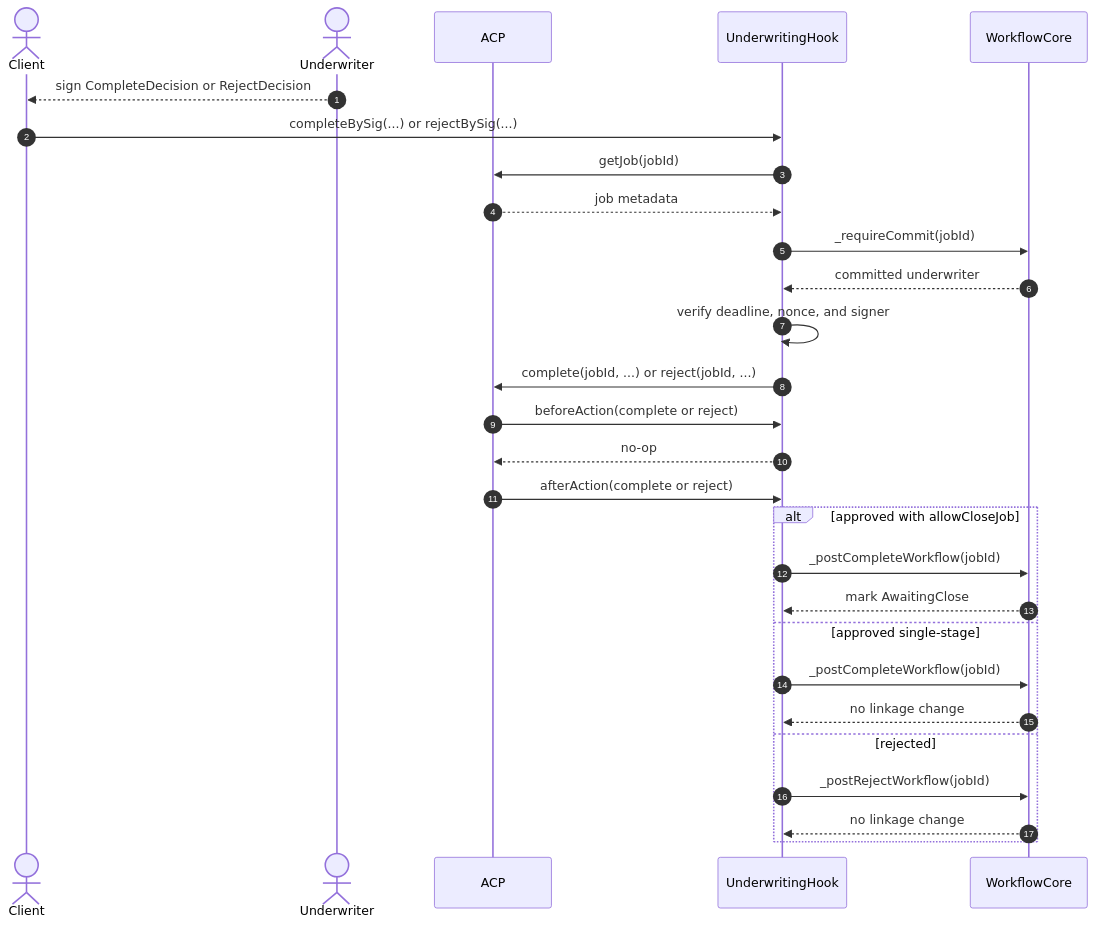
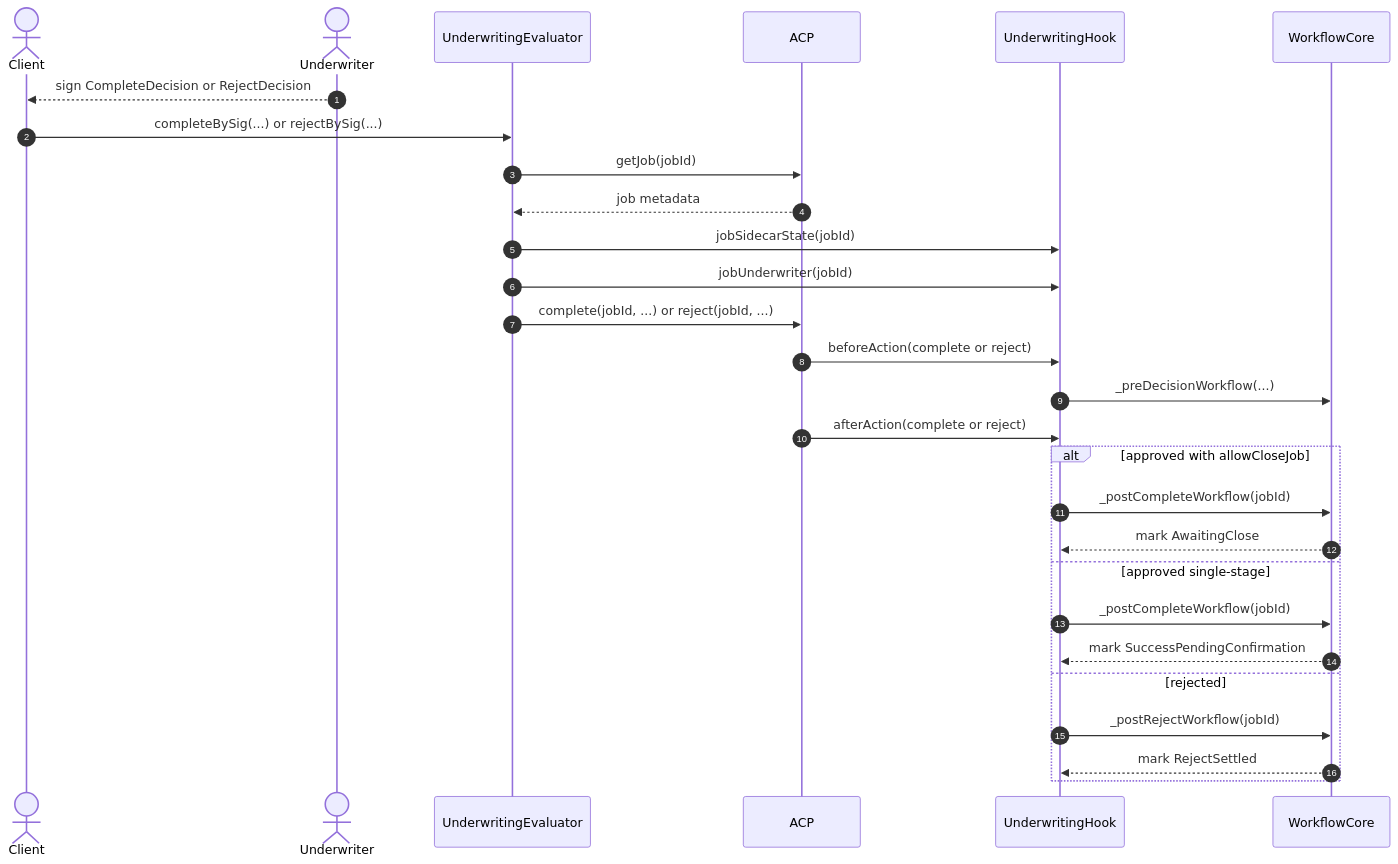
One commit to tsubasakong/hook-contracts changed the fifth of 8 diagrams in docs/underwriting-hook-acp-core-sequence.md. Above: the diagram before and after it, drawn with Mermaid. The commit also changed other lines of this file and 13 other files, not shown here.

````diff
--- a/docs/underwriting-hook-acp-core-sequence.md
+++ b/docs/underwriting-hook-acp-core-sequence.md
@@ -82,31 +111,31 @@
 ```mermaid
 sequenceDiagram
     autonumber
     actor Client
     actor Underwriter
+    participant Eval as UnderwritingEvaluator
     participant ACP as ACP
     participant Hook as UnderwritingHook
     participant Flow as WorkflowCore
 
     Underwriter-->>Client: sign CompleteDecision or RejectDecision
-    Client->>Hook: completeBySig(...) or rejectBySig(...)
-    Hook->>ACP: getJob(jobId)
-    ACP-->>Hook: job metadata
-    Hook->>Flow: _requireCommit(jobId)
-    Flow-->>Hook: committed underwriter
-    Hook->>Hook: verify deadline, nonce, and signer
-    Hook->>ACP: complete(jobId, ...) or reject(jobId, ...)
+    Client->>Eval: completeBySig(...) or rejectBySig(...)
+    Eval->>ACP: getJob(jobId)
+    ACP-->>Eval: job metadata
+    Eval->>Hook: jobSidecarState(jobId)
+    Eval->>Hook: jobUnderwriter(jobId)
+    Eval->>ACP: complete(jobId, ...) or reject(jobId, ...)
     ACP->>Hook: beforeAction(complete or reject)
-    Hook-->>ACP: no-op
+    Hook->>Flow: _preDecisionWorkflow(...)
     ACP->>Hook: afterAction(complete or reject)
     alt approved with allowCloseJob
         Hook->>Flow: _postCompleteWorkflow(jobId)
         Flow-->>Hook: mark AwaitingClose
     else approved single-stage
         Hook->>Flow: _postCompleteWorkflow(jobId)
-        Flow-->>Hook: no linkage change
+        Flow-->>Hook: mark SuccessPendingConfirmation
     else rejected
         Hook->>Flow: _postRejectWorkflow(jobId)
-        Flow-->>Hook: no linkage change
+        Flow-->>Hook: mark RejectSettled
     end
 ```
````
